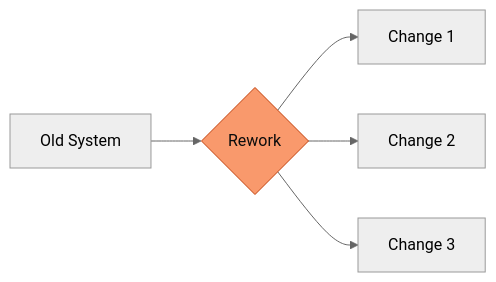
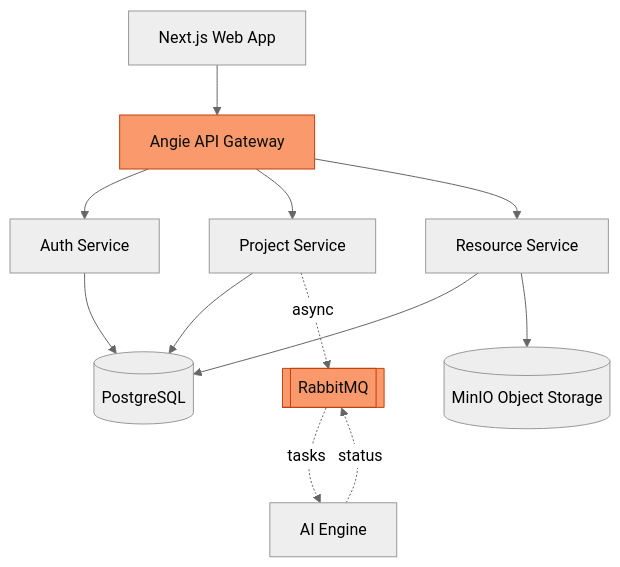
Before and after one commit to KhalidAlansary/defense-against-the-dark-arts: the diagram in slides.md, drawn with Mermaid (neutral theme). The commit also changed other lines of this file, not shown here.

````diff
--- a/slides.md
+++ b/slides.md
@@ -161,8 +241,16 @@
-```mermaid {scale: 0.6}
-flowchart LR
-  A[Old System] --> B{Rework}
-  B --> C[Change 1]
-  B --> D[Change 2]
-  B --> E[Change 3]
-  style B fill:#f9996c,stroke:#c2410c,color:#0c0c0c
+```mermaid {scale: 0.52}
+flowchart TD
+  UI[Next.js Web App] --> GW[Angie API Gateway]
+  GW --> AUTH[Auth Service]
+  GW --> PROJ[Project Service]
+  GW --> RES[Resource Service]
+  AUTH --> DB[(PostgreSQL)]
+  PROJ --> DB
+  RES --> DB
+  RES --> S3[(MinIO Object Storage)]
+  PROJ -. async .-> MQ[[RabbitMQ]]
+  MQ -. tasks .-> AI[AI Engine]
+  AI -. status .-> MQ
+  style GW fill:#f9996c,stroke:#c2410c,color:#0c0c0c
+  style MQ fill:#f9996c,stroke:#c2410c,color:#0c0c0c
 ```
````
